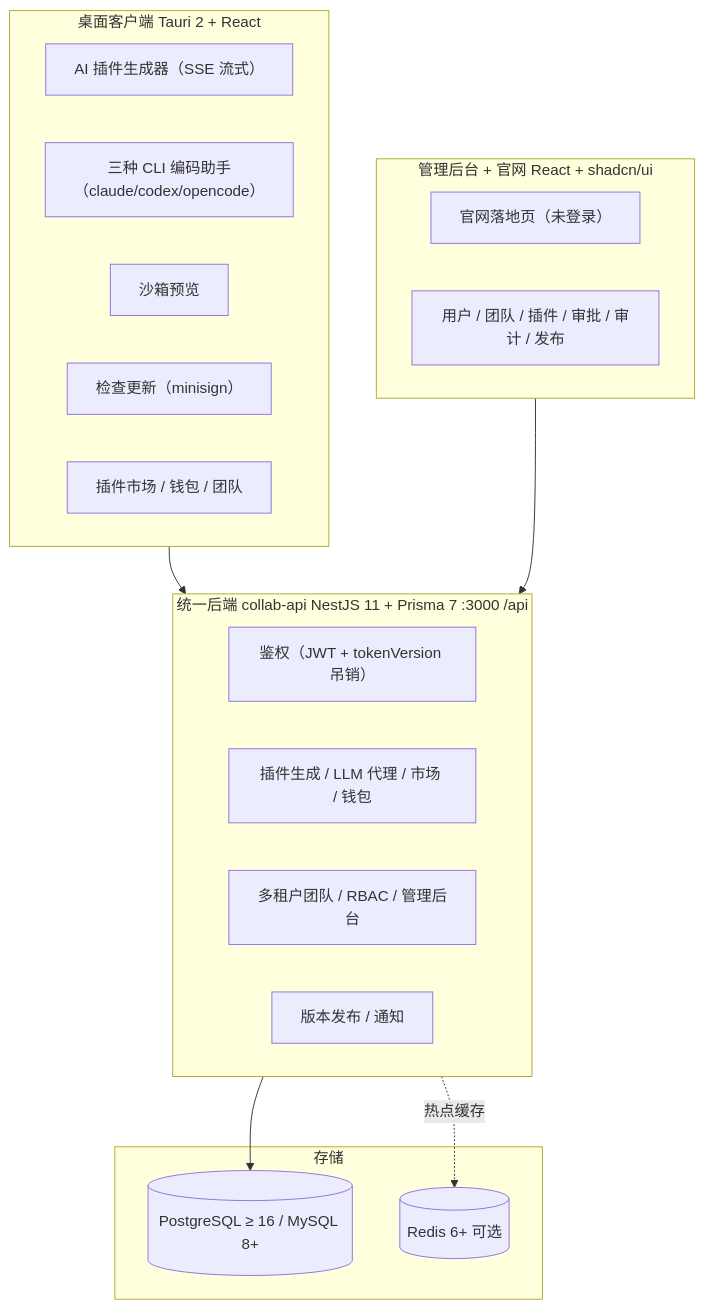
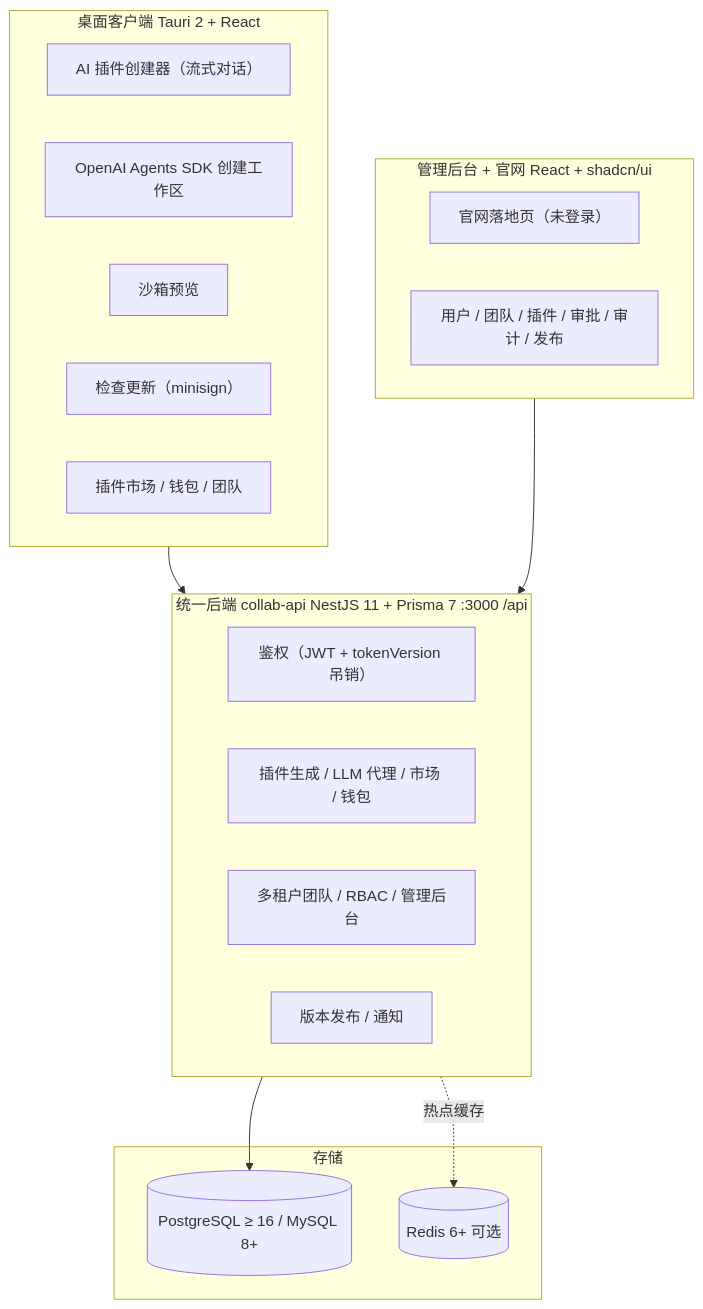
One commit to qiuuchan/lingfang-pan changed the diagram in README.md. Above: the diagram before and after it, drawn with Mermaid. The commit also changed other lines of this file and 286 other files, not shown here.

````diff
--- a/README.md
+++ b/README.md
@@ -112,32 +110,32 @@
 ```mermaid
 graph TB
     subgraph Desktop["桌面客户端 Tauri 2 + React"]
-        Gen["AI 插件生成器（SSE 流式）"]
-        Cli["三种 CLI 编码助手（claude/codex/opencode）"]
+        Gen["AI 插件创建器（流式对话）"]
+        Cli["OpenAI Agents SDK 创建工作区"]
         Sandbox["沙箱预览"]
         Updater["检查更新（minisign）"]
         Market["插件市场 / 钱包 / 团队"]
     end
 
     subgraph Admin["管理后台 + 官网 React + shadcn/ui"]
         Landing["官网落地页（未登录）"]
         Back["用户 / 团队 / 插件 / 审批 / 审计 / 发布"]
     end
 
     subgraph API["统一后端 collab-api NestJS 11 + Prisma 7 :3000 /api"]
         Auth["鉴权（JWT + tokenVersion 吊销）"]
         Plugins["插件生成 / LLM 代理 / 市场 / 钱包"]
         Tenant["多租户团队 / RBAC / 管理后台"]
         Release["版本发布 / 通知"]
     end
 
     subgraph Store["存储"]
         DB[("PostgreSQL ≥ 16 / MySQL 8+")]
         Redis[("Redis 6+ 可选")]
     end
 
     Desktop --> API
     Admin --> API
     API --> DB
     API -.热点缓存.-> Redis
 ```
````
